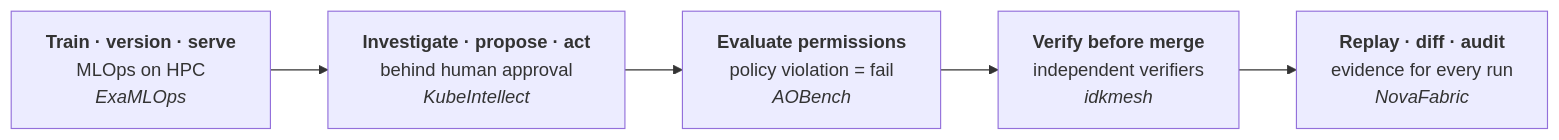
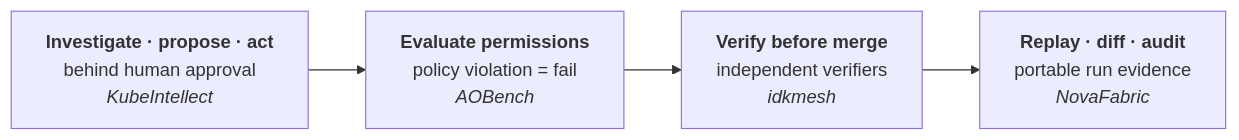
One commit to MSKazemi/mskazemi changed the diagram in README.md. Above: the diagram before and after it, drawn with Mermaid. The commit also changed other lines of this file, not shown here.

Commit message:
docs(profile): feature public NovaFabric in place of private ExaMLOps

````diff
--- a/README.md
+++ b/README.md
@@ -40,7 +40,6 @@
 ```mermaid
 flowchart LR
-    A["<b>Train · version · serve</b><br/>MLOps on HPC<br/><i>ExaMLOps</i>"] --> B["<b>Investigate · propose · act</b><br/>behind human approval<br/><i>KubeIntellect</i>"]
-    B --> C["<b>Evaluate permissions</b><br/>policy violation = fail<br/><i>AOBench</i>"]
-    C --> V["<b>Verify before merge</b><br/>independent verifiers<br/><i>idkmesh</i>"]
-    V --> D["<b>Replay · diff · audit</b><br/>evidence for every run<br/><i>NovaFabric</i>"]
+    A["<b>Investigate · propose · act</b><br/>behind human approval<br/><i>KubeIntellect</i>"] --> B["<b>Evaluate permissions</b><br/>policy violation = fail<br/><i>AOBench</i>"]
+    B --> C["<b>Verify before merge</b><br/>independent verifiers<br/><i>idkmesh</i>"]
+    C --> D["<b>Replay · diff · audit</b><br/>portable run evidence<br/><i>NovaFabric</i>"]
 ```
````
